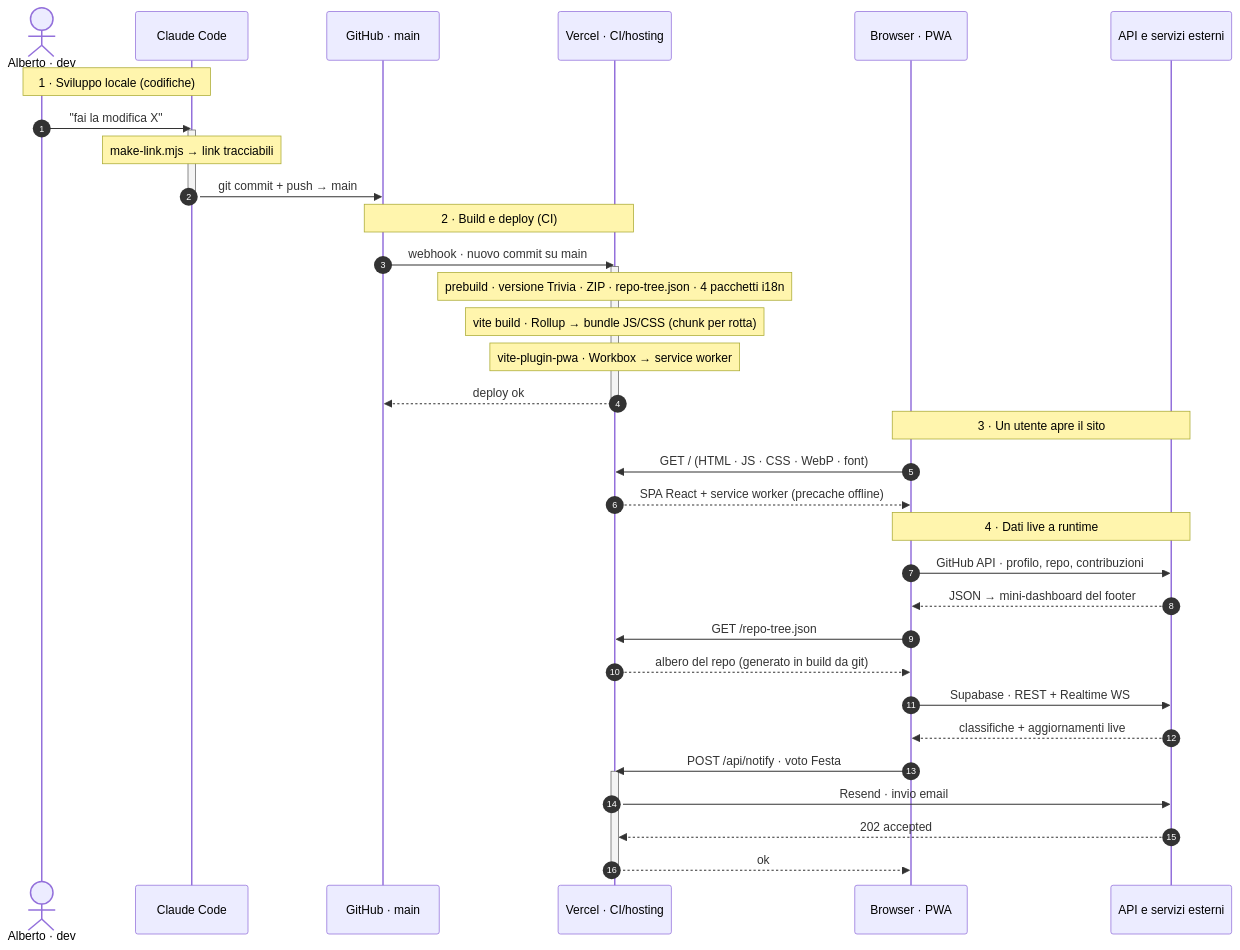
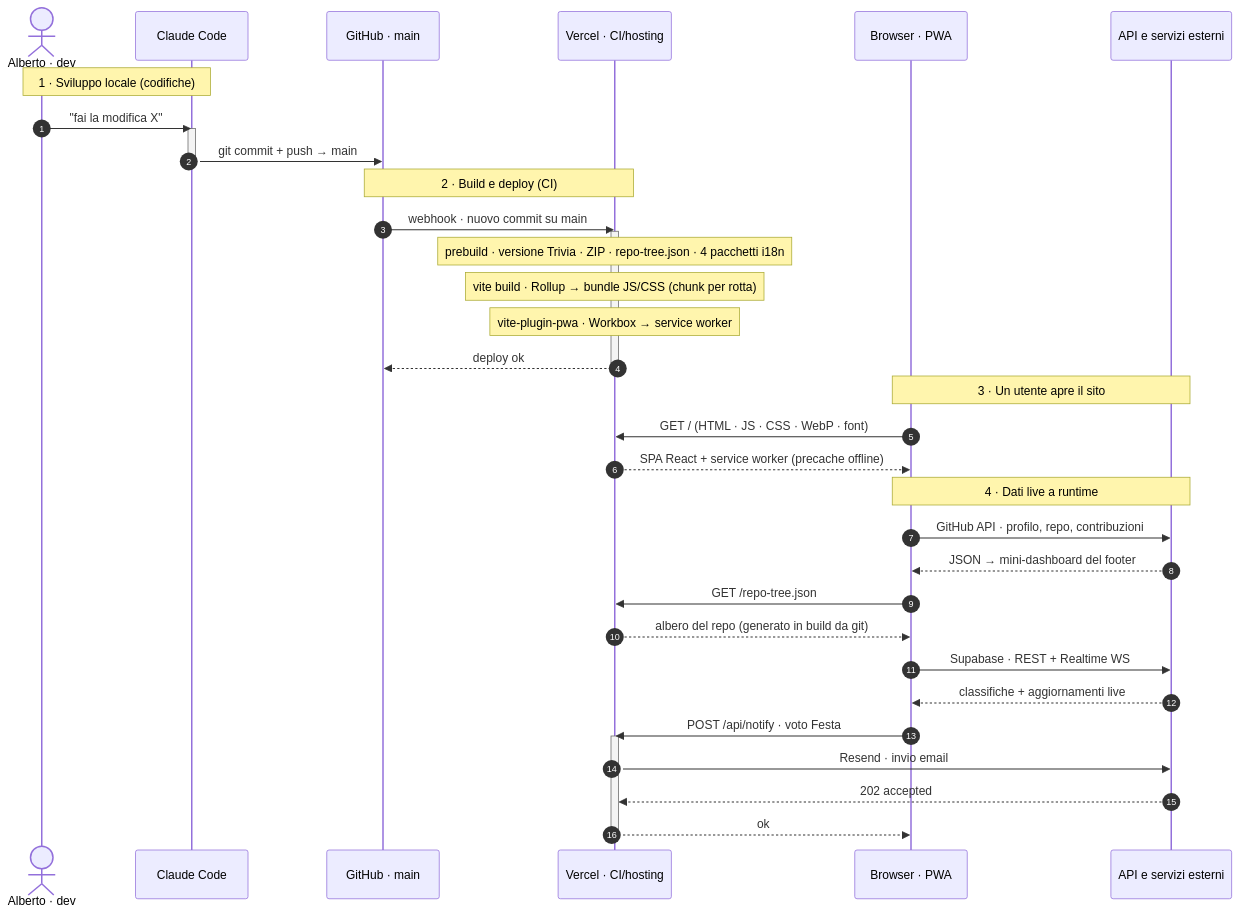
One commit to albertoxpecchini/AP changed the diagram in README.md. Above: the diagram before and after it, drawn with Mermaid. The commit also changed other lines of this file and 30 other files, not shown here.

First line of the commit message:
chore: via i link tracciabili, il codice morto e i residui del modello Figma

````diff
--- a/README.md
+++ b/README.md
@@ -411,44 +407,43 @@
 ```mermaid
 sequenceDiagram
     autonumber
     actor Dev as Alberto · dev
     participant CC as Claude Code
     participant GH as GitHub · main
     participant VC as Vercel · CI/hosting
     participant BR as Browser · PWA
     participant EXT as API e servizi esterni
 
     Note over Dev,CC: 1 · Sviluppo locale (codifiche)
     Dev->>CC: "fai la modifica X"
     activate CC
-    Note over CC: make-link.mjs → link tracciabili
     CC->>GH: git commit + push → main
     deactivate CC
 
     Note over GH,VC: 2 · Build e deploy (CI)
     GH->>VC: webhook · nuovo commit su main
     activate VC
     Note over VC: prebuild · versione Trivia · ZIP · repo-tree.json · 4 pacchetti i18n
     Note over VC: vite build · Rollup → bundle JS/CSS (chunk per rotta)
     Note over VC: vite-plugin-pwa · Workbox → service worker
     VC-->>GH: deploy ok
     deactivate VC
 
     Note over BR,EXT: 3 · Un utente apre il sito
     BR->>VC: GET / (HTML · JS · CSS · WebP · font)
     VC-->>BR: SPA React + service worker (precache offline)
 
     Note over BR,EXT: 4 · Dati live a runtime
     BR->>EXT: GitHub API · profilo, repo, contribuzioni
     EXT-->>BR: JSON → mini-dashboard del footer
     BR->>VC: GET /repo-tree.json
     VC-->>BR: albero del repo (generato in build da git)
     BR->>EXT: Supabase · REST + Realtime WS
     EXT-->>BR: classifiche + aggiornamenti live
     BR->>VC: POST /api/notify · voto Festa
     activate VC
     VC->>EXT: Resend · invio email
     EXT-->>VC: 202 accepted
     VC-->>BR: ok
     deactivate VC
 ```
````
